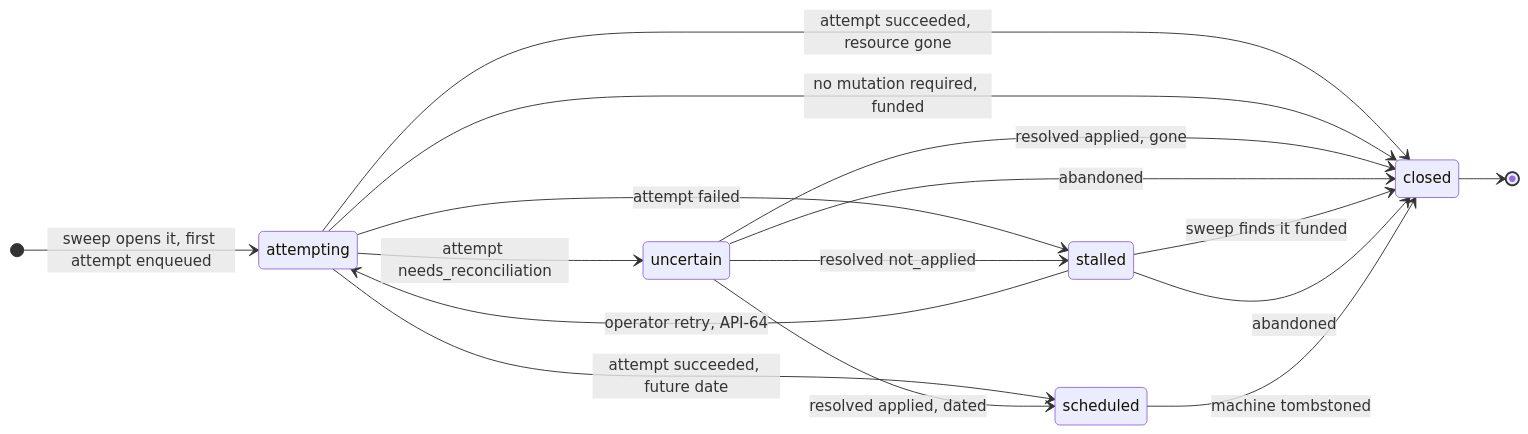
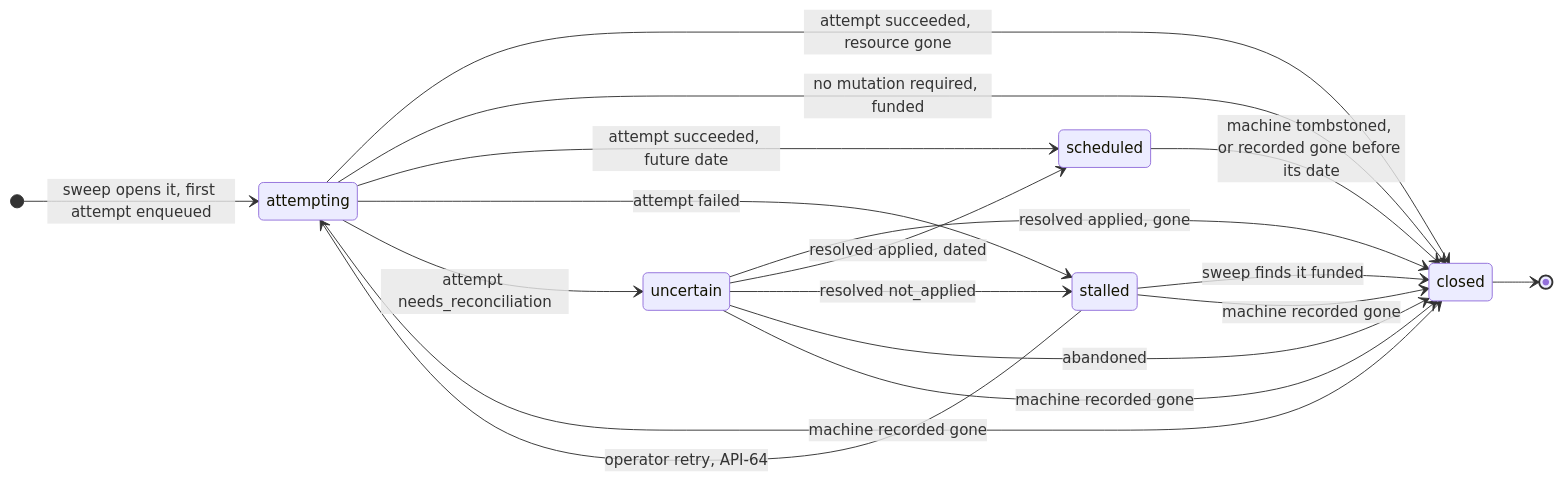
The diagram in 01-domain-model.md (douglaz/provisiond), drawn with Mermaid before and after one commit. The commit also changed other lines of this file and 10 other files, not shown here.

````diff
--- a/01-domain-model.md
+++ b/01-domain-model.md
@@ -197,19 +199,21 @@
 ```mermaid
 stateDiagram-v2
     direction LR
     [*] --> attempting : sweep opens it, first attempt enqueued
     attempting --> closed : attempt succeeded, resource gone
     attempting --> closed : no mutation required, funded
     attempting --> scheduled : attempt succeeded, future date
     attempting --> stalled : attempt failed
     attempting --> uncertain : attempt needs_reconciliation
     uncertain --> closed : resolved applied, gone
     uncertain --> scheduled : resolved applied, dated
     uncertain --> stalled : resolved not_applied
     uncertain --> closed : abandoned
     stalled --> attempting : operator retry, API-64
     stalled --> closed : sweep finds it funded
-    stalled --> closed : abandoned
-    scheduled --> closed : machine tombstoned
+    attempting --> closed : machine recorded gone
+    uncertain --> closed : machine recorded gone
+    stalled --> closed : machine recorded gone
+    scheduled --> closed : machine tombstoned, or recorded gone before its date
     closed --> [*]
 ```
````
